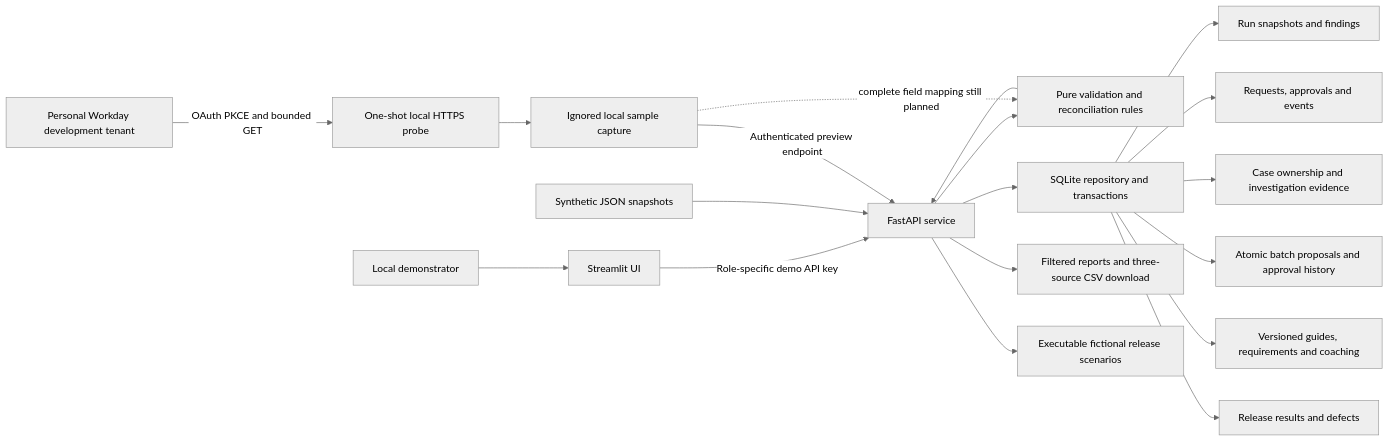
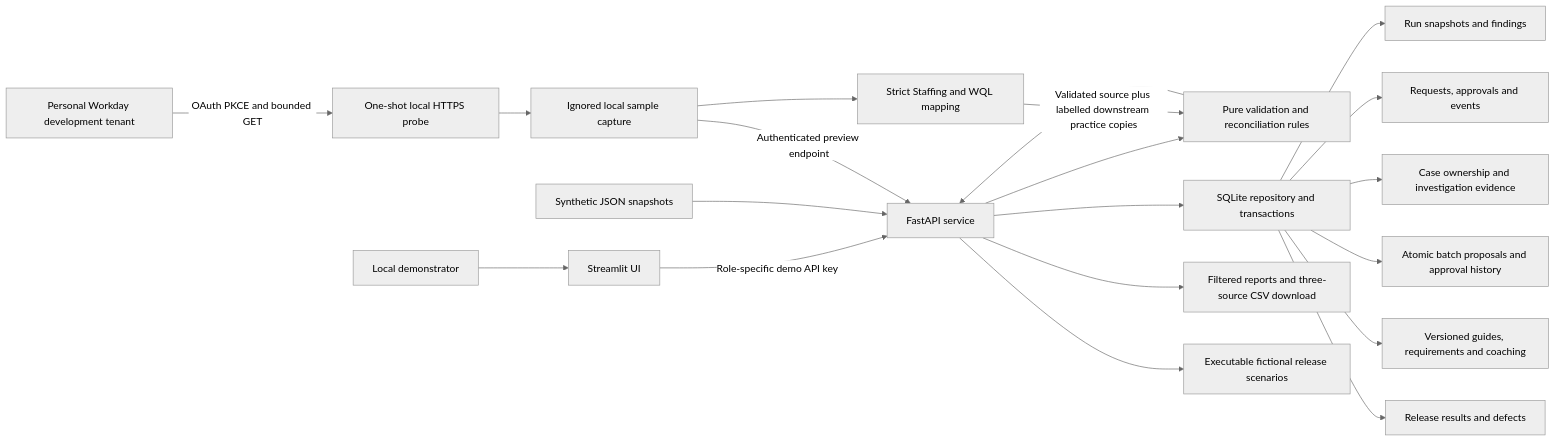
Before and after one commit to muhammadmubbashar/people-data-quality: the diagram in docs/architecture.md, drawn with Mermaid (neutral theme). The commit also changed other lines of this file and 16 other files, not shown here.

````diff
--- a/docs/architecture.md
+++ b/docs/architecture.md
@@ -5,21 +5,22 @@
 ```mermaid
 flowchart LR
     U[Local demonstrator] --> UI[Streamlit UI]
     UI -->|Role-specific demo API key| API[FastAPI service]
     J[Synthetic JSON snapshots] --> API
     API --> RULES[Pure validation and reconciliation rules]
     API --> STORE[SQLite repository and transactions]
     STORE --> RUNS[Run snapshots and findings]
     STORE --> CHANGES[Requests, approvals and events]
     STORE --> CASES[Case ownership and investigation evidence]
     STORE --> BATCHES[Atomic batch proposals and approval history]
     STORE --> DOCS[Versioned guides, requirements and coaching]
     STORE --> TESTS[Release results and defects]
     API --> CSV[Filtered reports and three-source CSV download]
     API --> REGRESSION[Executable fictional release scenarios]
     RULES --> API
     WD[Personal Workday development tenant] -->|OAuth PKCE and bounded GET| PROBE[One-shot local HTTPS probe]
     PROBE --> CAPTURE[Ignored local sample capture]
     CAPTURE -->|Authenticated preview endpoint| API
-    CAPTURE -. complete field mapping still planned .-> RULES
+    CAPTURE --> STAGE[Strict Staffing and WQL mapping]
+    STAGE -->|Validated source plus labelled downstream practice copies| RULES
 ```
````
